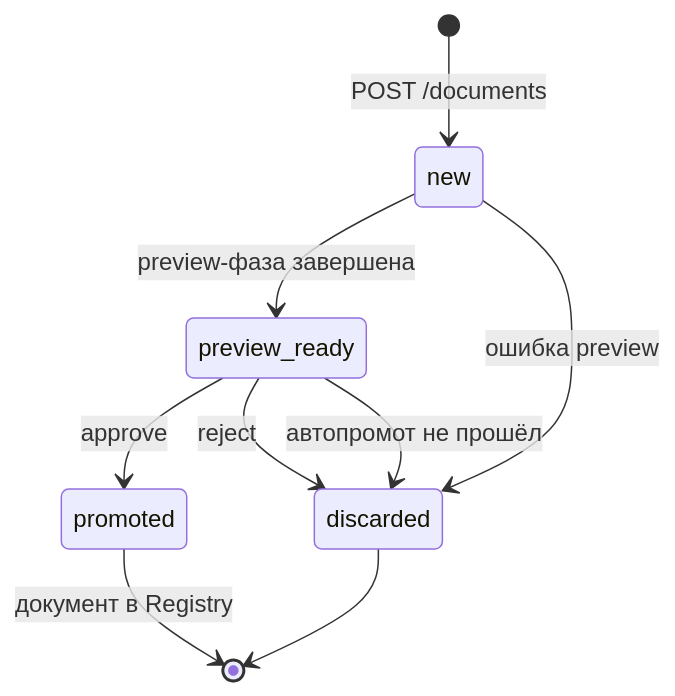
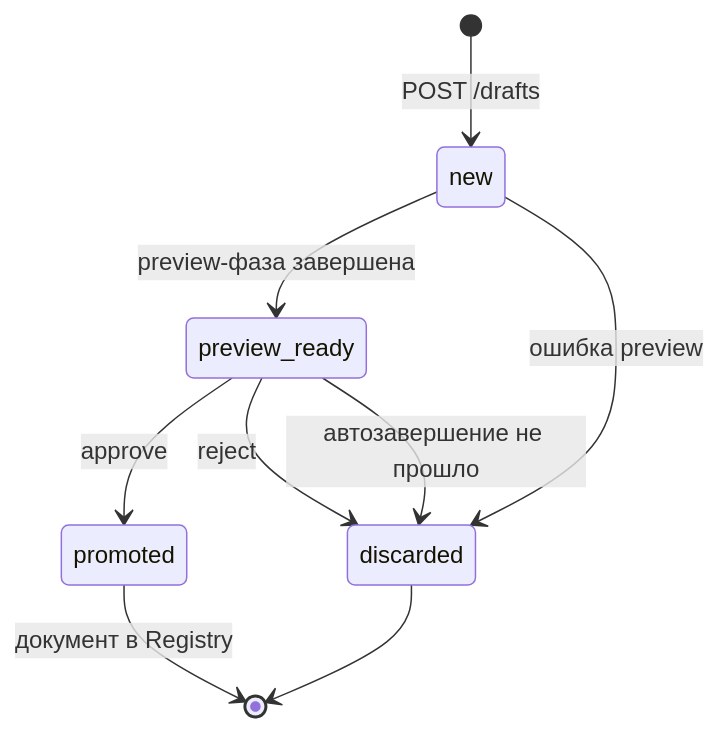
Before and after one commit to MasterKSAF/PKB: the third of 4 diagrams in docs/pipelines/pipeline1-formation.md, drawn with Mermaid. The commit also changed other lines of this file and 13 other files, not shown here.

````diff
--- a/docs/pipelines/pipeline1-formation.md
+++ b/docs/pipelines/pipeline1-formation.md
@@ -323,13 +325,13 @@
 ```mermaid
 stateDiagram-v2
-    [*] --> new : POST /documents
+    [*] --> new : POST /drafts
     new --> preview_ready : preview-фаза завершена
     new --> discarded : ошибка preview
 
     preview_ready --> promoted : approve
     preview_ready --> discarded : reject
-    preview_ready --> discarded : автопромот не прошёл
+    preview_ready --> discarded : автозавершение не прошло
 
     promoted --> [*] : документ в Registry
     discarded --> [*]
 ```
````
